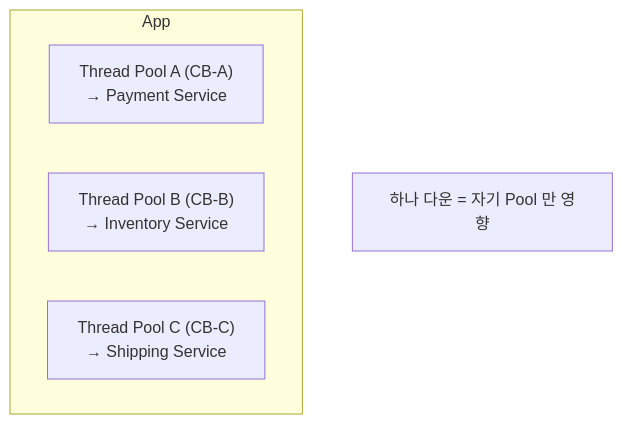
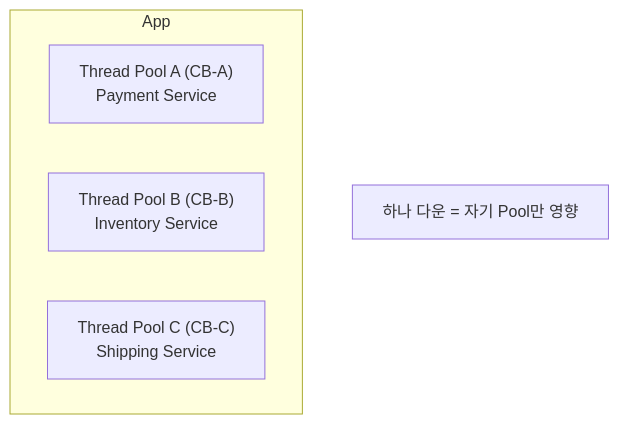
One commit to shinkeonkim/shinkeonkim.github.io changed the fourth of 4 diagrams in src/content/wiki/concurrency/circuit-breaker.mdx. Above: the diagram before and after it, drawn with Mermaid. The commit also changed other lines of this file and 526 other files, not shown here.

First line of the commit message:
content(wiki): 전수조사 및 대규모 보강 (짧은 파일 0, mermaid +645)

````diff
--- a/src/content/wiki/concurrency/circuit-breaker.mdx
+++ b/src/content/wiki/concurrency/circuit-breaker.mdx
@@ -108,9 +218,9 @@
 ```mermaid
 flowchart TB
     subgraph App
-        TPA["Thread Pool A (CB-A)<br/>→ Payment Service"]
-        TPB["Thread Pool B (CB-B)<br/>→ Inventory Service"]
-        TPC["Thread Pool C (CB-C)<br/>→ Shipping Service"]
+        TPA["Thread Pool A (CB-A)<br/>Payment Service"]
+        TPB["Thread Pool B (CB-B)<br/>Inventory Service"]
+        TPC["Thread Pool C (CB-C)<br/>Shipping Service"]
     end
-    Note[하나 다운 = 자기 Pool 만 영향]
+    Note["하나 다운 = 자기 Pool만 영향"]
 ```
````
